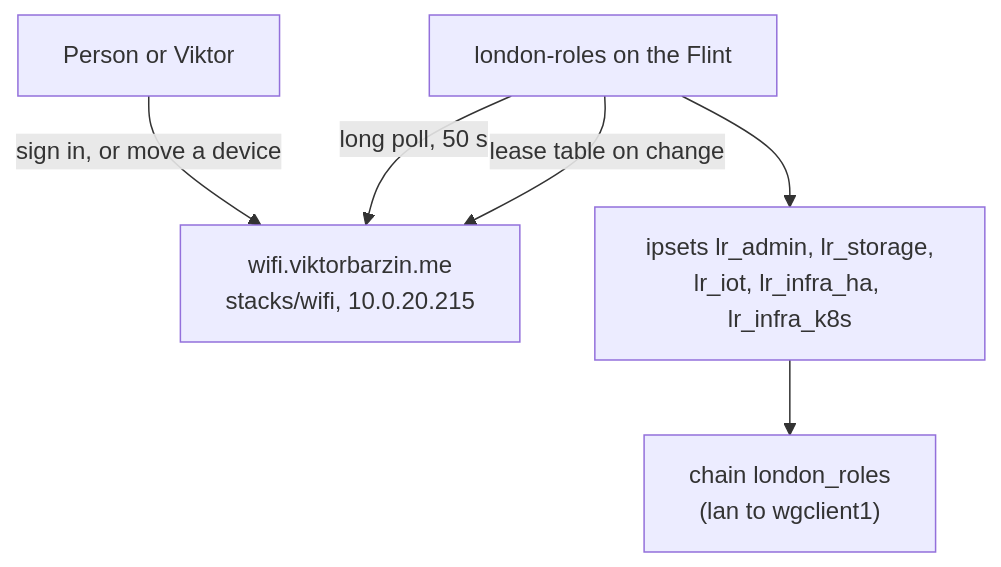
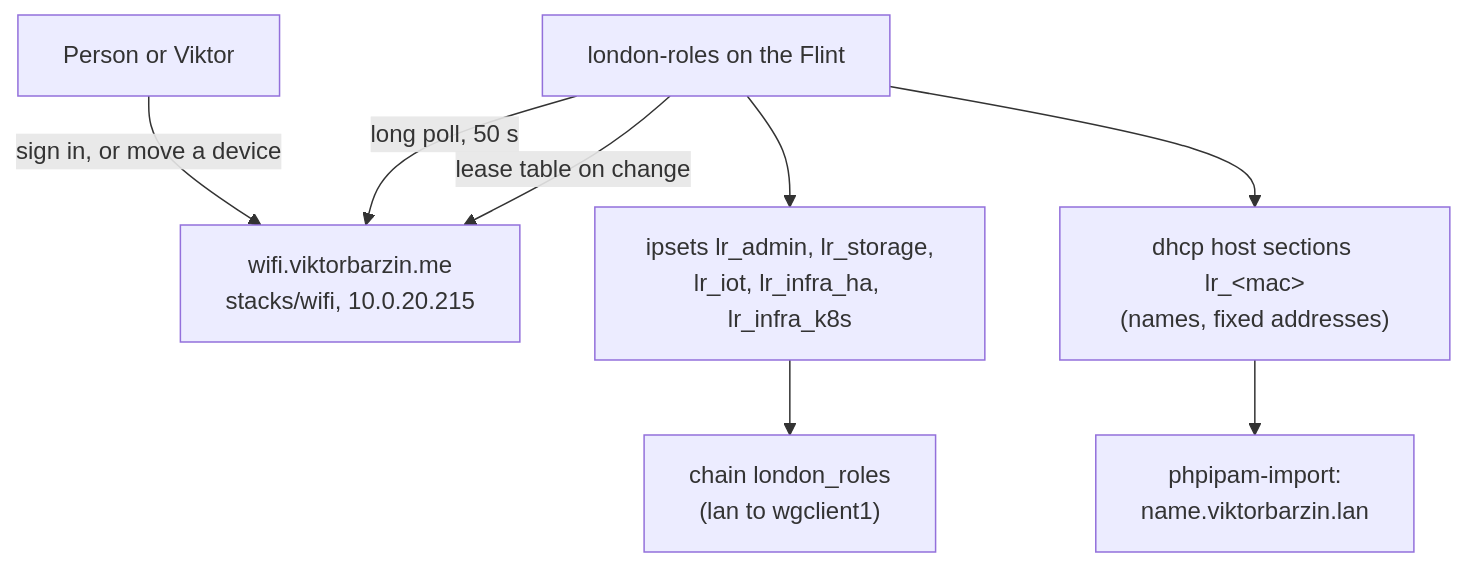
Before and after one commit to ViktorBarzin/infra: the second of 2 diagrams in docs/architecture/london-site.md, drawn with Mermaid. The commit also changed other lines of this file and 6 other files, not shown here.

First line of the commit message:
London: device names and fixed addresses come from the wifi app

````diff
--- a/docs/architecture/london-site.md
+++ b/docs/architecture/london-site.md
@@ -88,8 +88,10 @@
 ```mermaid
 flowchart TD
   person[Person or Viktor] -->|"sign in, or move a device"| app["wifi.viktorbarzin.me<br/>stacks/wifi, 10.0.20.215"]
   agent["london-roles on the Flint"] -->|"long poll, 50 s"| app
   agent -->|"lease table on change"| app
   agent --> sets["ipsets lr_admin, lr_storage,<br/>lr_iot, lr_infra_ha, lr_infra_k8s"]
   sets --> chain["chain london_roles<br/>(lan to wgclient1)"]
+  agent --> hosts["dhcp host sections lr_&lt;mac&gt;<br/>(names, fixed addresses)"]
+  hosts --> dns["phpipam-import:<br/>name.viktorbarzin.lan"]
 ```
````
